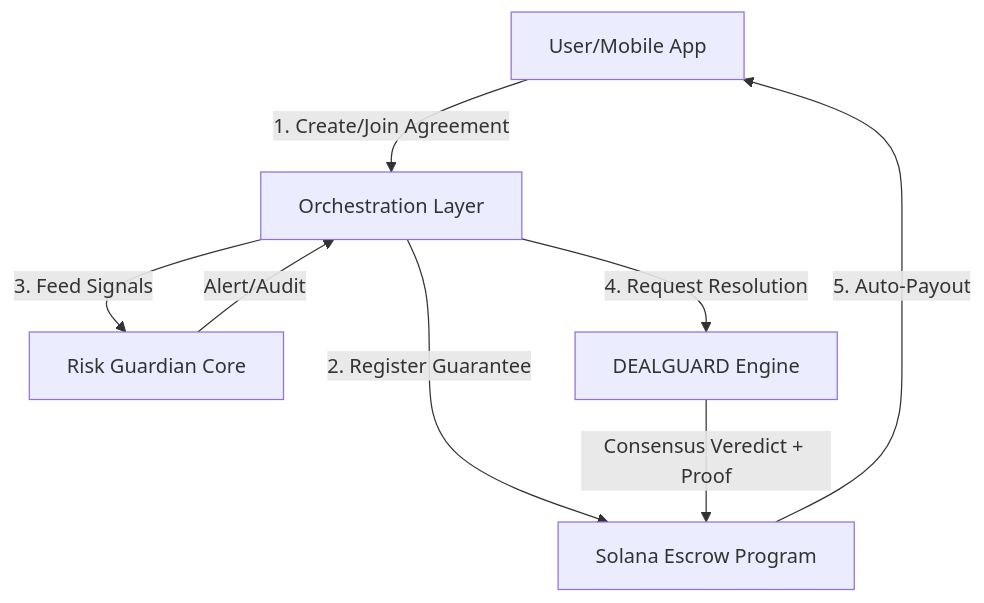
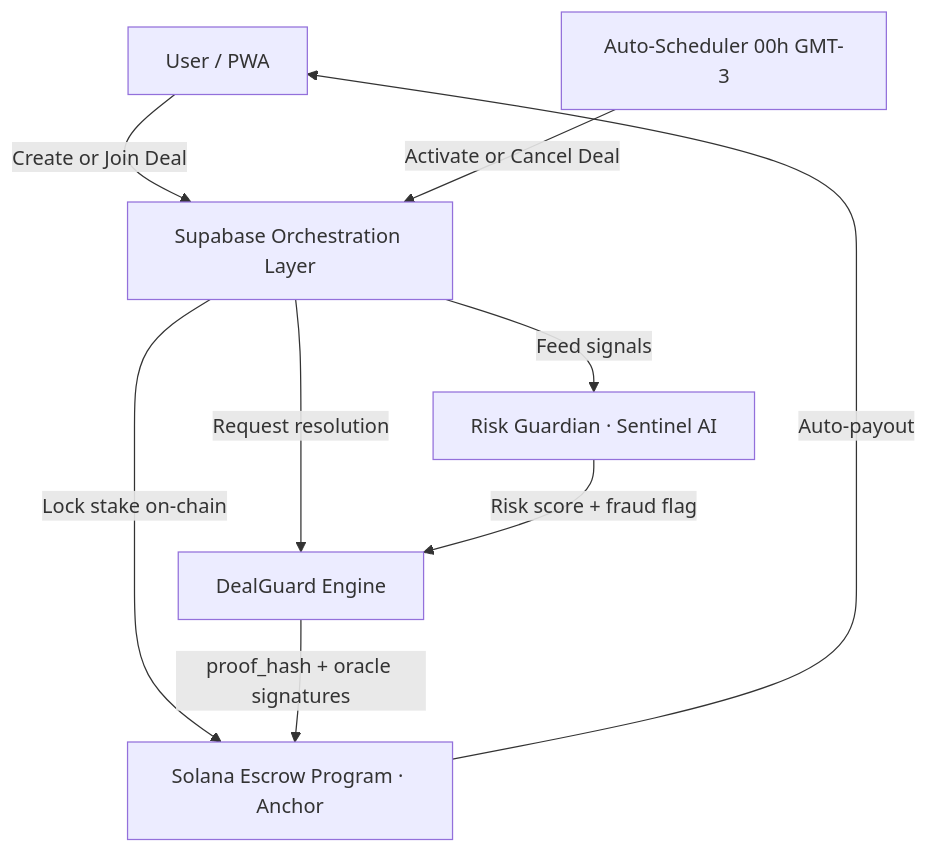
One commit to lkr0102/truedeal changed the diagram in docs/01_ARCHITECTURE.md. Above: the diagram before and after it, drawn with Mermaid. The commit also changed other lines of this file and 3 other files, not shown here.

First line of the commit message:
docs: update README, architecture, MVP scope and add complete flow rules

````diff
--- a/docs/01_ARCHITECTURE.md
+++ b/docs/01_ARCHITECTURE.md
@@ -9,13 +11,14 @@
 ```mermaid
 graph TD
-    User[User/Mobile App] -->|1. Create/Join Agreement| Backend[Orchestration Layer]
-    Backend -->|2. Register Guarantee| Solana[Solana Escrow Program]
-    
-    Backend -->|3. Feed Signals| Risk[Risk Guardian Core]
-    Backend -->|4. Request Resolution| DG[DEALGUARD Engine]
-    
-    Risk -->|Alert/Audit| Backend
-    DG -->|Consensus Veredict + Proof| Solana
-    
-    Solana -->|5. Auto-Payout| User
+    User[User / PWA] -->|Create or Join Deal| Backend[Supabase Orchestration Layer]
+    Scheduler[Auto-Scheduler 00h GMT-3] -->|Activate or Cancel Deal| Backend
+    Backend -->|Lock stake on-chain| Solana[Solana Escrow Program · Anchor]
+
+    Backend -->|Feed signals| RG[Risk Guardian · Sentinel AI]
+    Backend -->|Request resolution| DG[DealGuard Engine]
+
+    RG -->|Risk score + fraud flag| DG
+    DG -->|proof_hash + oracle signatures| Solana
+
+    Solana -->|Auto-payout| User
 ```
````
